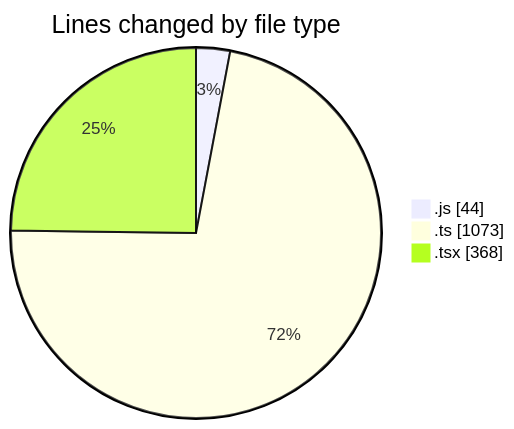
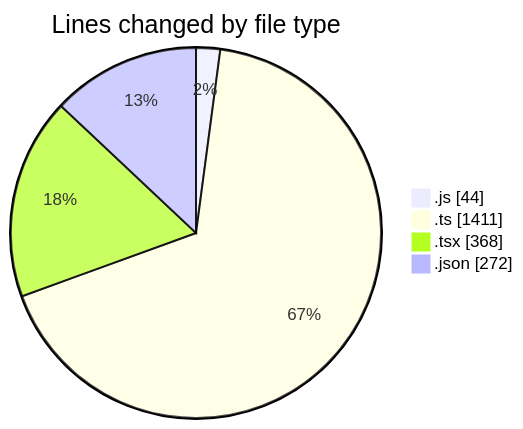
Before and after one commit to EIIisD/code-tracking: the first of 2 diagrams in 2025-07-14/ribbon/README.md, drawn with Mermaid. The commit also changed other lines of this file and 1 other file, not shown here.

````diff
--- a/2025-07-14/ribbon/README.md
+++ b/2025-07-14/ribbon/README.md
@@ -27,7 +29,8 @@
 ```mermaid
 pie showData
 title Lines changed by file type
 ".js" : 44
-".ts" : 1073
+".ts" : 1411
 ".tsx" : 368
+".json" : 272
 ```
````
